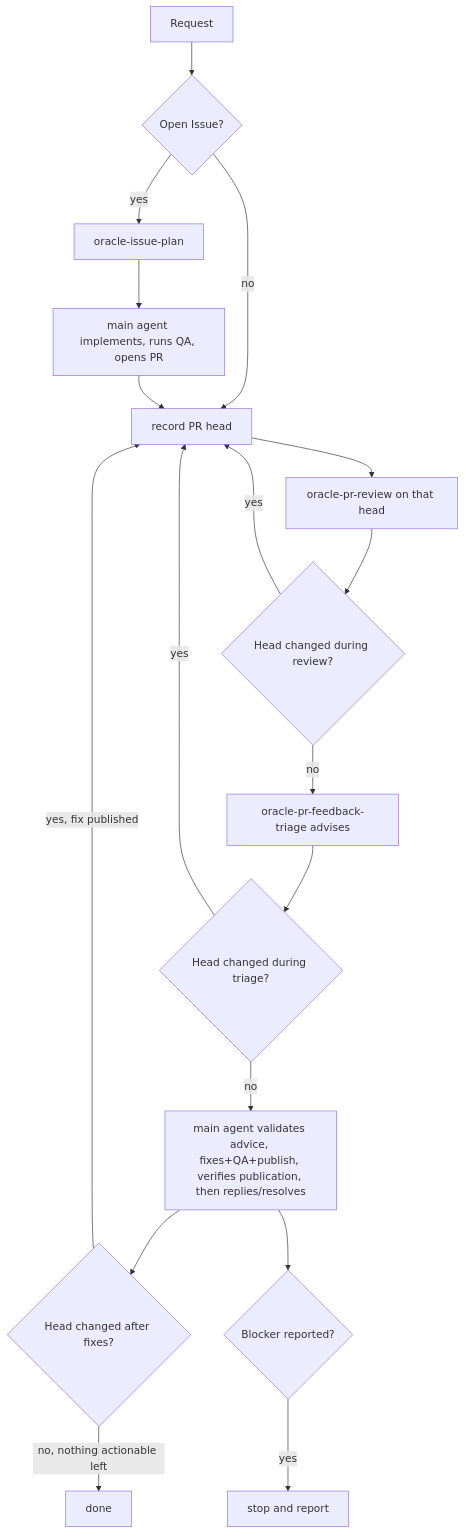
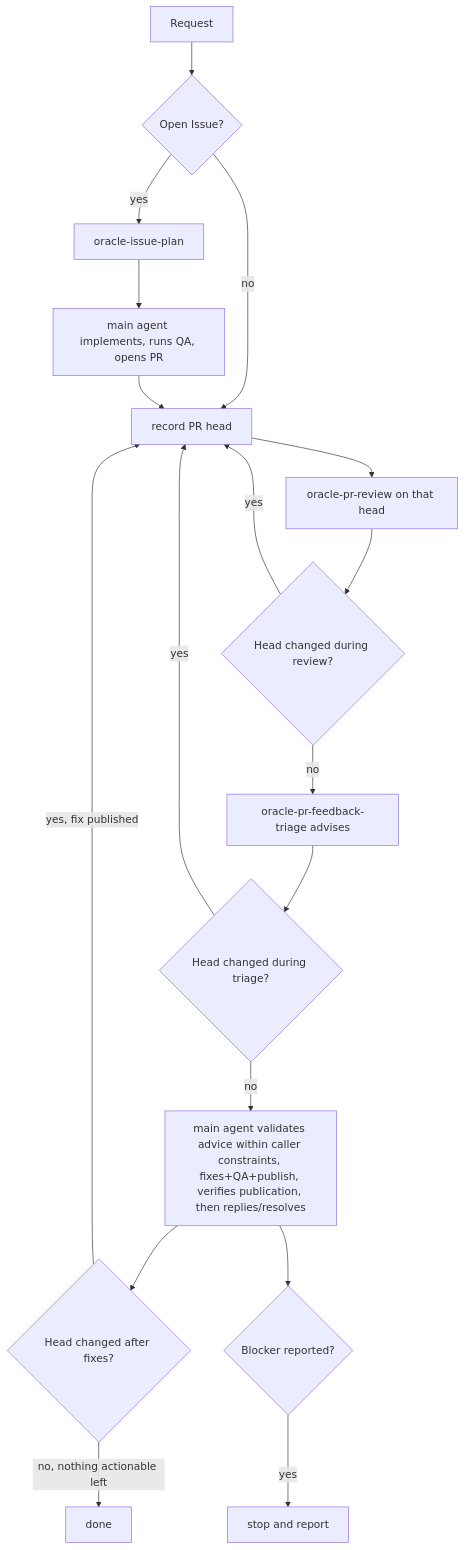
One commit to dceoy/oracle-pr-loop changed the diagram in skills/oracle-pr-loop/SKILL.md. Above: the diagram before and after it, drawn with Mermaid. The commit also changed other lines of this file, not shown here.

First line of the commit message:
Preserve caller execution constraints and complete disposition handling

````diff
--- a/skills/oracle-pr-loop/SKILL.md
+++ b/skills/oracle-pr-loop/SKILL.md
@@ -79,19 +88,19 @@
 ```mermaid
 flowchart TD
   Request --> Issue{Open Issue?}
   Issue -->|yes| Plan[oracle-issue-plan] --> Implement[main agent implements, runs QA, opens PR]
   Issue -->|no| Head[record PR head]
   Implement --> Head
   Head --> Review[oracle-pr-review on that head]
   Review --> HeadMoved{Head changed during review?}
   HeadMoved -->|yes| Head
   HeadMoved -->|no| Triage[oracle-pr-feedback-triage advises]
   Triage --> TriageHeadMoved{Head changed during triage?}
   TriageHeadMoved -->|yes| Head
-  TriageHeadMoved -->|no| Act[main agent validates advice, fixes+QA+publish, verifies publication, then replies/resolves]
+  TriageHeadMoved -->|no| Act[main agent validates advice within caller constraints, fixes+QA+publish, verifies publication, then replies/resolves]
   Act --> HeadAfter{Head changed after fixes?}
   HeadAfter -->|yes, fix published| Head
   HeadAfter -->|no, nothing actionable left| Done[done]
   Act --> Blocker{Blocker reported?}
   Blocker -->|yes| Stop[stop and report]
 ```
````
